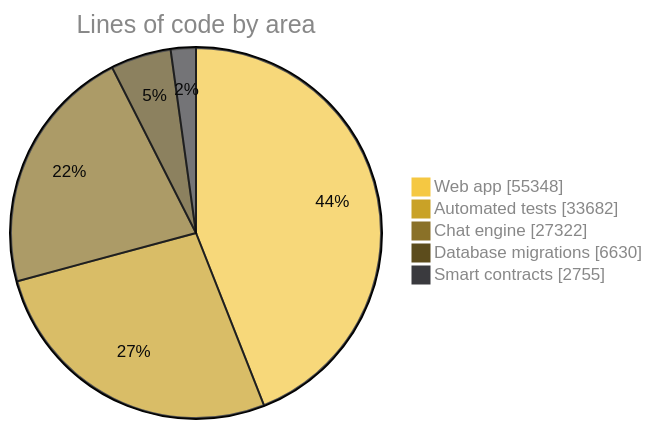
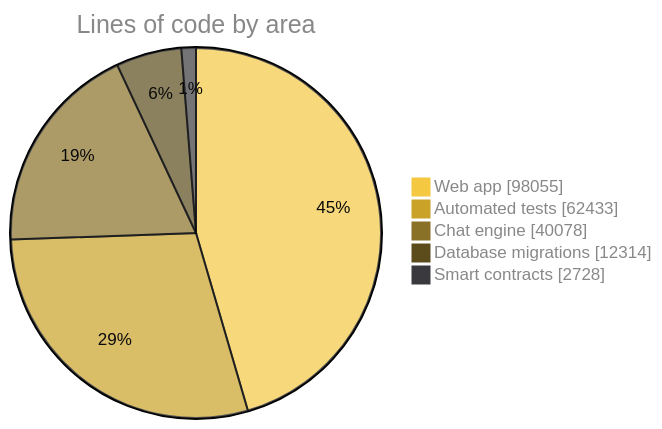
One commit to rudazy/flizy changed the fourth of 5 diagrams in README.md. Above: the diagram before and after it, drawn with Mermaid. The commit also changed other lines of this file, not shown here.

````diff
--- a/README.md
+++ b/README.md
@@ -285,10 +333,10 @@
 ```mermaid
 %%{init: {'theme': 'base', 'themeVariables': {'pie1': '#f5c842', 'pie2': '#c9a227', 'pie3': '#8a7128', 'pie4': '#5c4c1c', 'pie5': '#3a3a3e', 'pieTitleTextColor': '#888888', 'pieSectionTextColor': '#0a0a0a', 'pieLegendTextColor': '#888888', 'pieStrokeColor': '#0a0a0a'}}}%%
 pie showData
   title Lines of code by area
-  "Web app" : 55348
-  "Automated tests" : 33682
-  "Chat engine" : 27322
-  "Database migrations" : 6630
-  "Smart contracts" : 2755
+  "Web app" : 98055
+  "Automated tests" : 62433
+  "Chat engine" : 40078
+  "Database migrations" : 12314
+  "Smart contracts" : 2728
 ```
````
